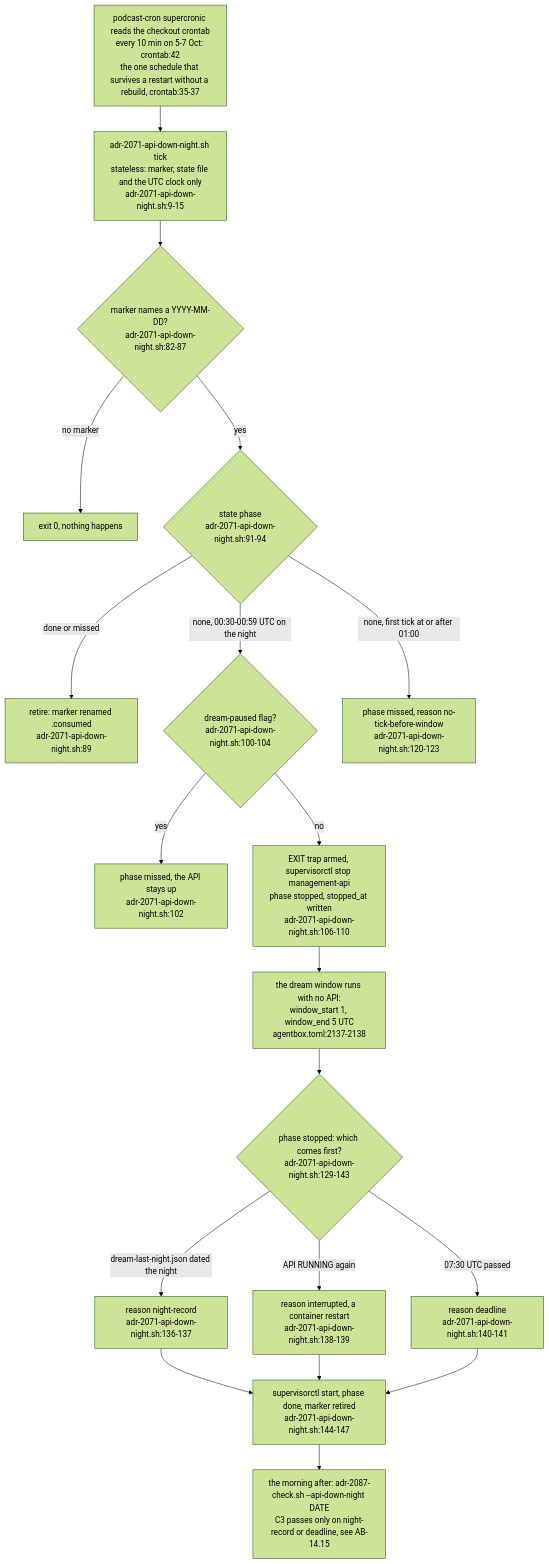
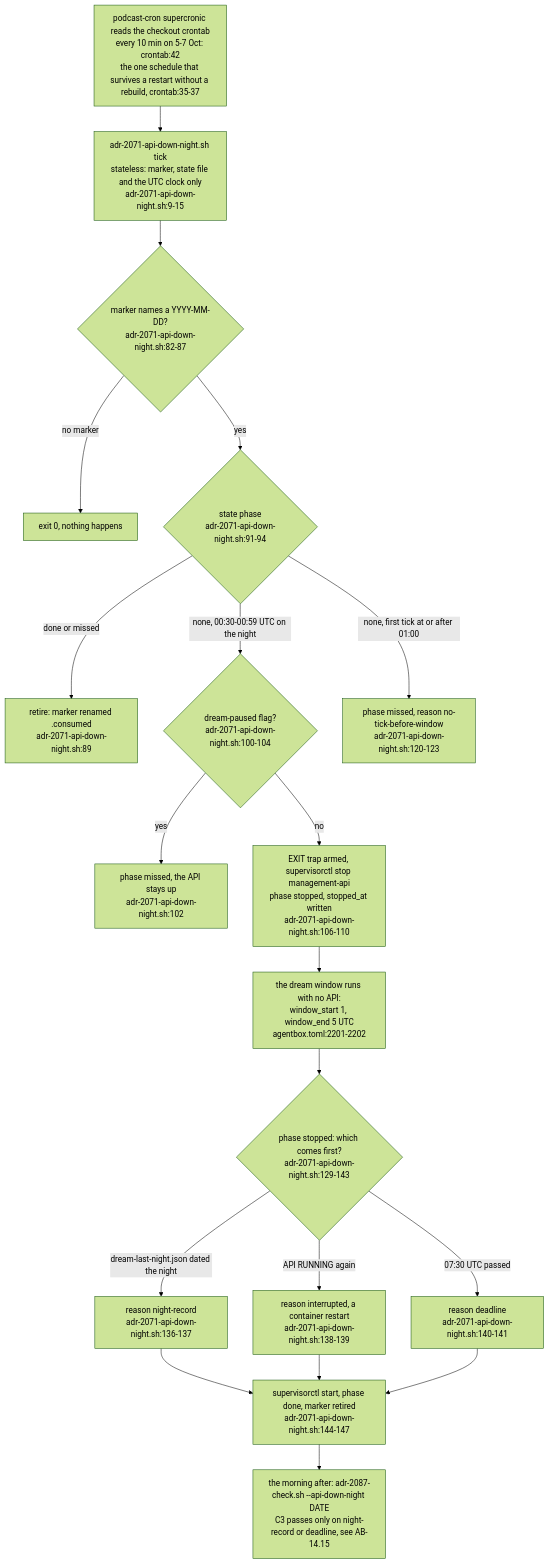
Diagram 19 of 20 in docs/diagrams/agentbox/23-dream-engine.md (DreamLab-AI/VisionFlow), drawn with Mermaid (forest theme) before and after one commit. The commit also changed other lines of this file and 14 other files, not shown here.

First line of the commit message:
docs(diagrams): custody role isolation — new AB-36, re-stamp 11 topics at the custody integration head

````diff
--- a/docs/diagrams/agentbox/23-dream-engine.md
+++ b/docs/diagrams/agentbox/23-dream-engine.md
@@ -964,22 +969,22 @@
 ```mermaid
 flowchart TB
     CRON["podcast-cron supercronic reads the checkout crontab<br/>every 10 min on 5-7 Oct: crontab:42<br/>the one schedule that survives a restart without a rebuild, crontab:35-37"]
     CRON --> TICK["adr-2071-api-down-night.sh tick<br/>stateless: marker, state file and the UTC clock only<br/>adr-2071-api-down-night.sh:9-15"]
     TICK --> MK{"marker names a YYYY-MM-DD?<br/>adr-2071-api-down-night.sh:82-87"}
     MK -->|"no marker"| NOOP["exit 0, nothing happens"]
     MK -->|"yes"| PH{"state phase<br/>adr-2071-api-down-night.sh:91-94"}
     PH -->|"done or missed"| RET["retire: marker renamed .consumed<br/>adr-2071-api-down-night.sh:89"]
     PH -->|"none, 00:30-00:59 UTC on the night"| PAUSE{"dream-paused flag?<br/>adr-2071-api-down-night.sh:100-104"}
     PAUSE -->|"yes"| MISS["phase missed, the API stays up<br/>adr-2071-api-down-night.sh:102"]
     PAUSE -->|"no"| STOP["EXIT trap armed, supervisorctl stop management-api<br/>phase stopped, stopped_at written<br/>adr-2071-api-down-night.sh:106-110"]
     PH -->|"none, first tick at or after 01:00"| MISS2["phase missed, reason no-tick-before-window<br/>adr-2071-api-down-night.sh:120-123"]
-    STOP --> NIGHT["the dream window runs with no API:<br/>window_start 1, window_end 5 UTC<br/>agentbox.toml:2137-2138"]
+    STOP --> NIGHT["the dream window runs with no API:<br/>window_start 1, window_end 5 UTC<br/>agentbox.toml:2201-2202"]
     NIGHT --> RS{"phase stopped: which comes first?<br/>adr-2071-api-down-night.sh:129-143"}
     RS -->|"dream-last-night.json dated the night"| R1["reason night-record<br/>adr-2071-api-down-night.sh:136-137"]
     RS -->|"API RUNNING again"| R2["reason interrupted, a container restart<br/>adr-2071-api-down-night.sh:138-139"]
     RS -->|"07:30 UTC passed"| R3["reason deadline<br/>adr-2071-api-down-night.sh:140-141"]
     R1 --> START["supervisorctl start, phase done, marker retired<br/>adr-2071-api-down-night.sh:144-147"]
     R2 --> START
     R3 --> START
     START --> CHK["the morning after: adr-2087-check.sh --api-down-night DATE<br/>C3 passes only on night-record or deadline, see AB-14.15"]
 ```
````
